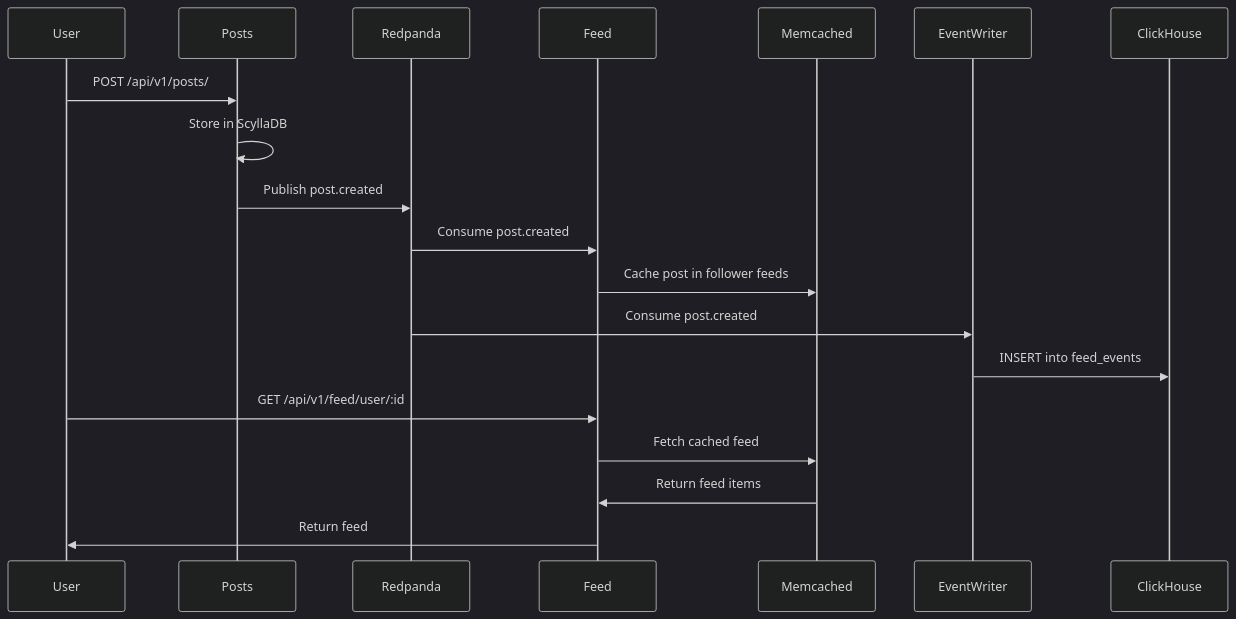
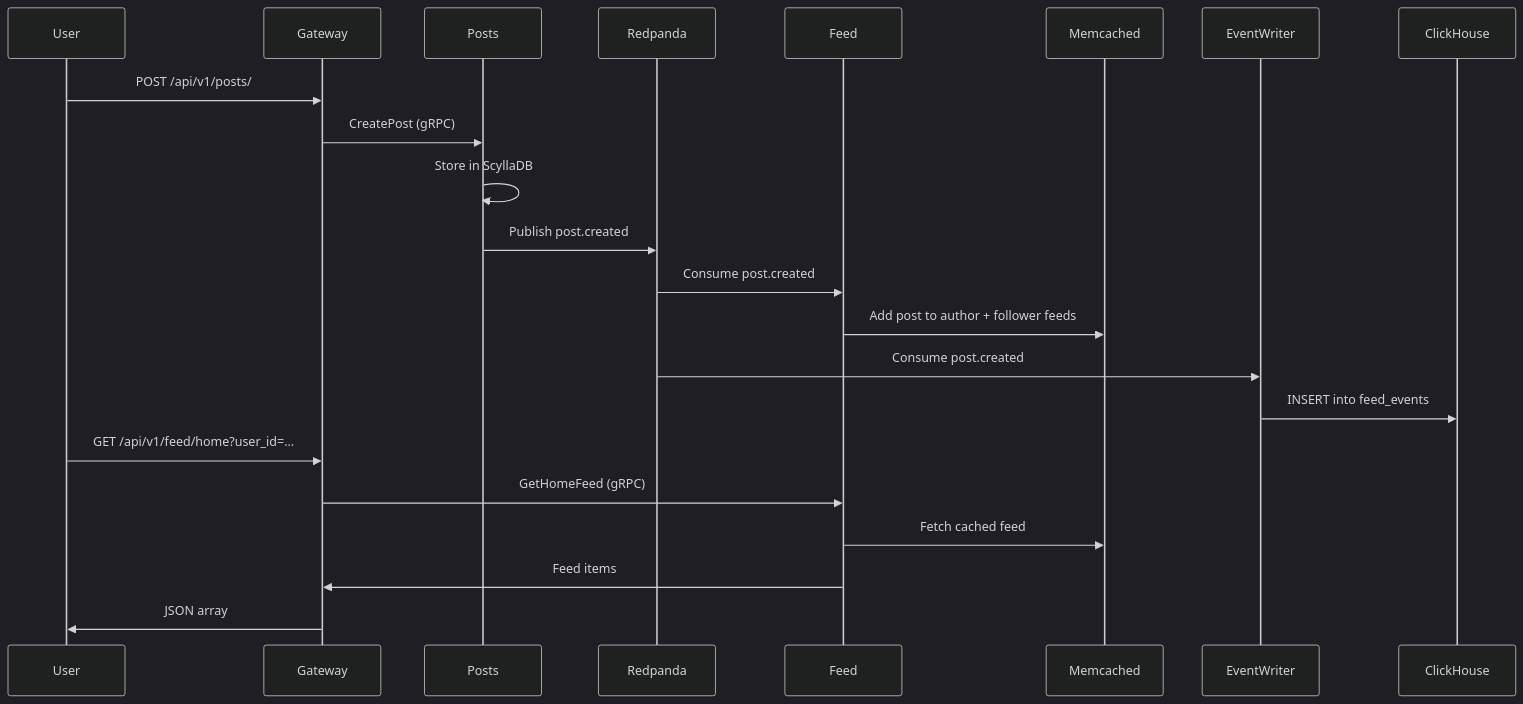
Before and after one commit to vahan-sahakyan/distributed-social-network: the second of 2 diagrams in docs/architecture.md, drawn with Mermaid (dark theme). The commit also changed other lines of this file and 6 other files, not shown here.

Commit message:
[docs] sync docs with grpc gateway, current api, infra and make targets (#10)

````diff
--- a/docs/architecture.md
+++ b/docs/architecture.md
@@ -98,22 +109,25 @@
 ```mermaid
 sequenceDiagram
     participant User
+    participant Gateway
     participant Posts
     participant Redpanda
     participant Feed
     participant Memcached
     participant EventWriter
     participant ClickHouse
 
-    User->>Posts: POST /api/v1/posts/
+    User->>Gateway: POST /api/v1/posts/
+    Gateway->>Posts: CreatePost (gRPC)
     Posts->>Posts: Store in ScyllaDB
     Posts->>Redpanda: Publish post.created
     Redpanda->>Feed: Consume post.created
-    Feed->>Memcached: Cache post in follower feeds
+    Feed->>Memcached: Add post to author + follower feeds
     Redpanda->>EventWriter: Consume post.created
     EventWriter->>ClickHouse: INSERT into feed_events
-    User->>Feed: GET /api/v1/feed/user/:id
+    User->>Gateway: GET /api/v1/feed/home?user_id=...
+    Gateway->>Feed: GetHomeFeed (gRPC)
     Feed->>Memcached: Fetch cached feed
-    Memcached->>Feed: Return feed items
-    Feed->>User: Return feed
+    Feed->>Gateway: Feed items
+    Gateway->>User: JSON array
 ```
````
